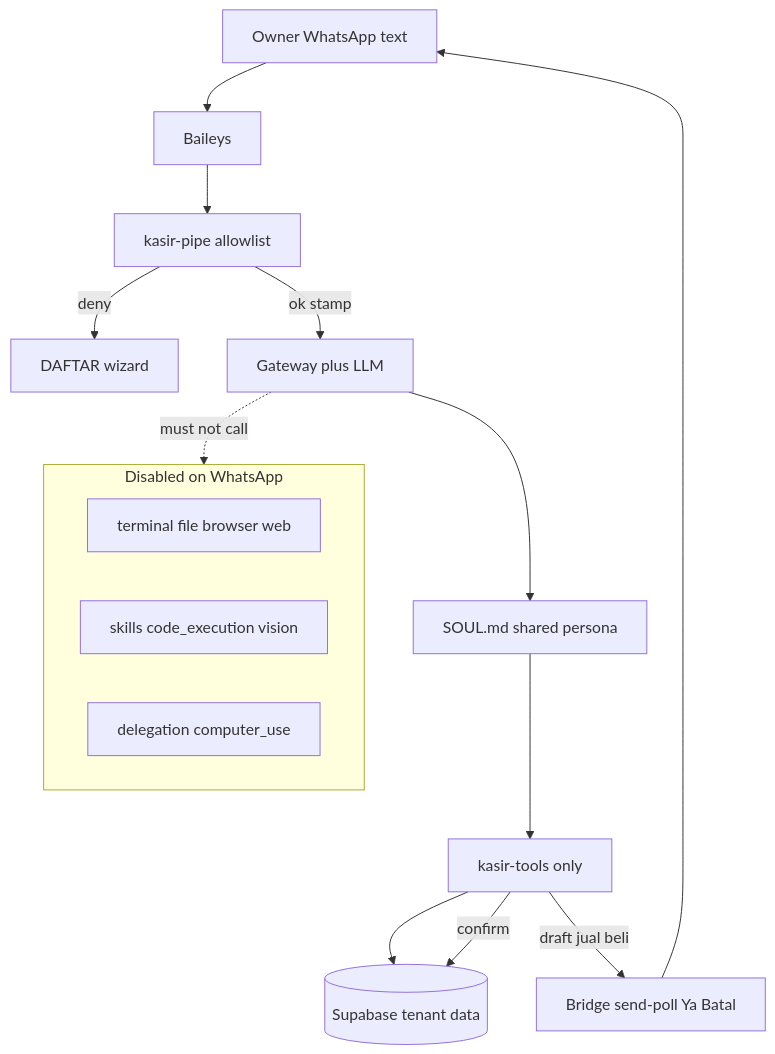
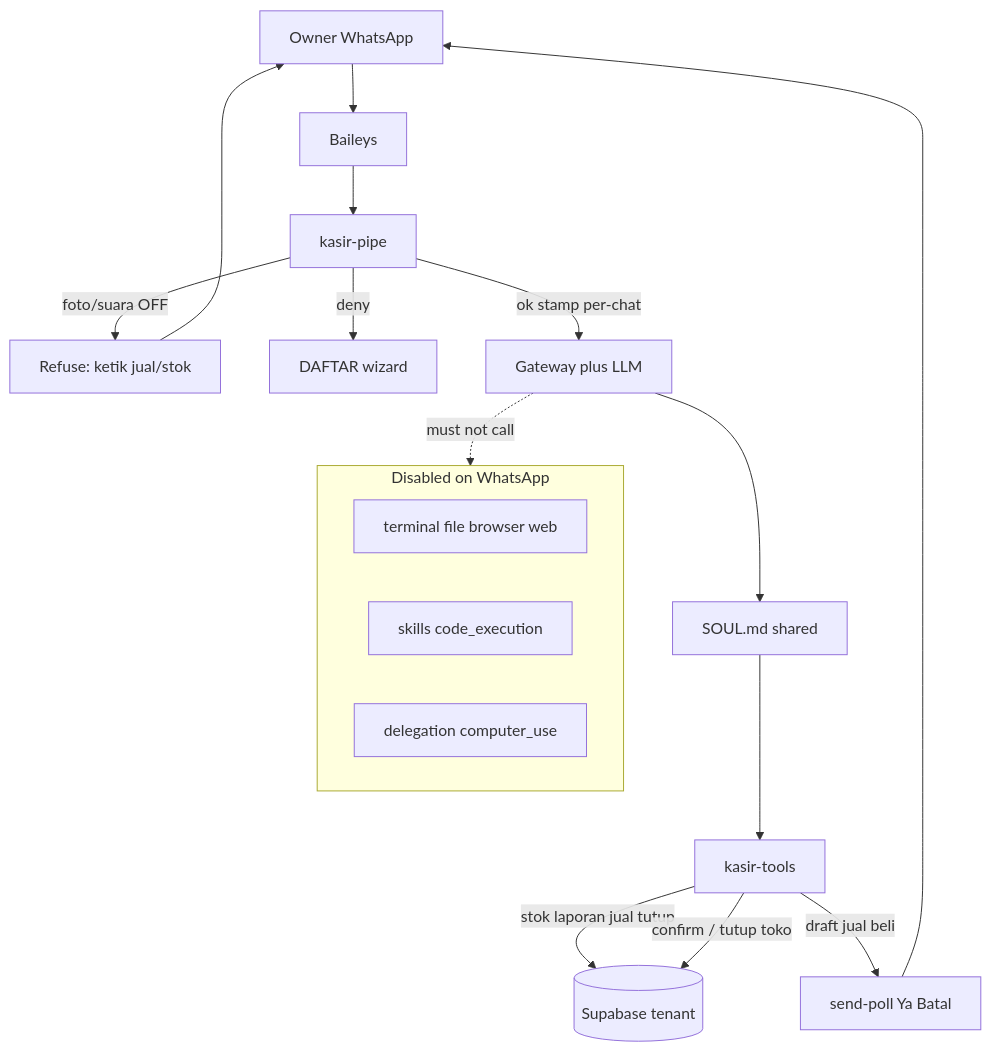
One commit to nusantarasoft/juragan-aibuilder-cup changed the diagram in diagrams/aistudio/umkm-wa/system/L6-kasir-agent-path.mmd. Above: the diagram before and after it, drawn with Mermaid. The commit also changed 26 other files, not shown here.

First line of the commit message:
docs(umkm-wa): sync ladder diagrams and require docs with code changes

```diff
--- a/diagrams/aistudio/umkm-wa/system/L6-kasir-agent-path.mmd
+++ b/diagrams/aistudio/umkm-wa/system/L6-kasir-agent-path.mmd
@@ -1,19 +1,21 @@
 %% System: allowlisted kasir turn (Hermes) — tools not skills; chat-only default
 flowchart TB
-  U[Owner WhatsApp text] --> B[Baileys]
-  B --> P[kasir-pipe allowlist]
+  U[Owner WhatsApp] --> B[Baileys]
+  B --> P[kasir-pipe]
+  P -->|foto/suara OFF| REF[Refuse: ketik jual/stok]
+  REF --> U
   P -->|deny| R[DAFTAR wizard]
-  P -->|ok stamp| G[Gateway plus LLM]
-  G --> S[SOUL.md shared persona]
-  S --> T[kasir-tools only]
-  T --> DB[(Supabase tenant data)]
-  T -->|draft jual beli| POLL[Bridge send-poll Ya Batal]
+  P -->|ok stamp per-chat| G[Gateway plus LLM]
+  G --> S[SOUL.md shared]
+  S --> T[kasir-tools]
+  T -->|stok laporan jual tutup| DB[(Supabase tenant)]
+  T -->|draft jual beli| POLL[send-poll Ya Batal]
   POLL --> U
-  T -->|confirm| DB
+  T -->|confirm / tutup toko| DB
 
   subgraph deny["Disabled on WhatsApp"]
     X1[terminal file browser web]
-    X2[skills code_execution vision]
+    X2[skills code_execution]
     X3[delegation computer_use]
   end
   G -.->|must not call| deny
```
